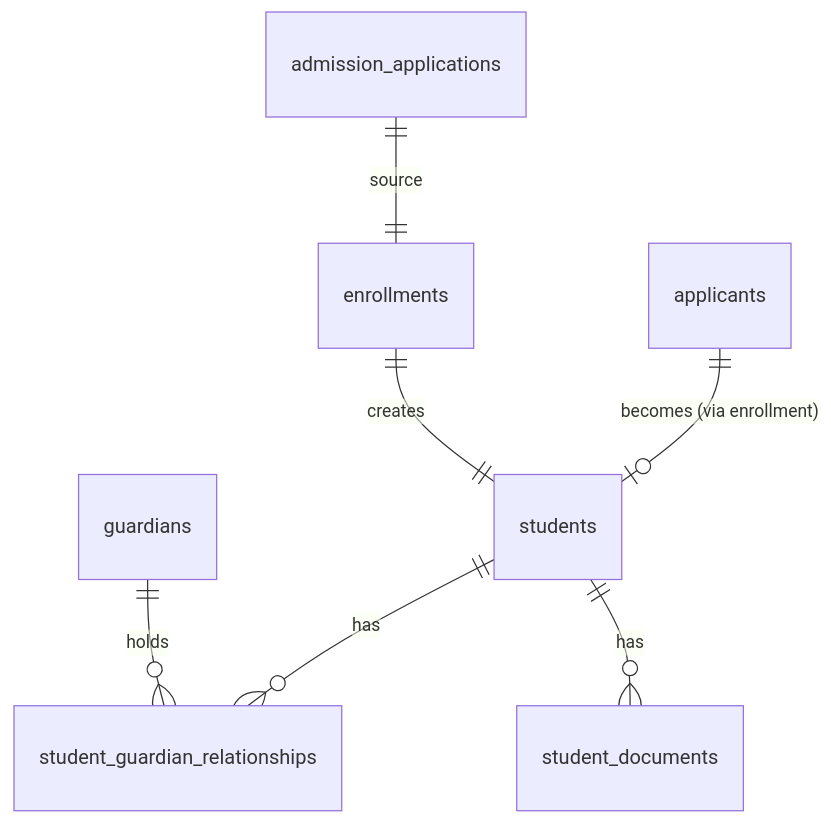
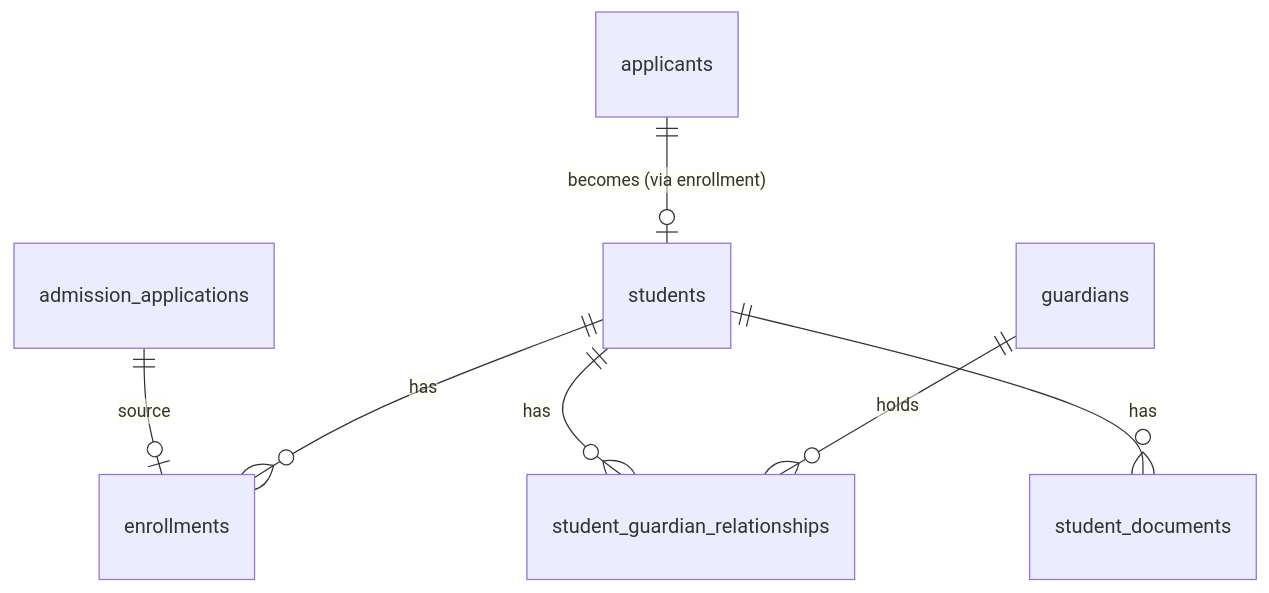
Before and after one commit to druryyl/elsasa-sis-v3: the second of 4 diagrams in entities/student-entities-tables.md, drawn with Mermaid. The commit also changed other lines of this file and 8 other files, not shown here.

````diff
--- a/entities/student-entities-tables.md
+++ b/entities/student-entities-tables.md
@@ -386,9 +406,9 @@
 ```mermaid
 erDiagram
     applicants ||--o| students : "becomes (via enrollment)"
-    admission_applications ||--|| enrollments : "source"
-    enrollments ||--|| students : "creates"
+    admission_applications ||--o| enrollments : "source"
+    students ||--o{ enrollments : "has"
     students ||--o{ student_guardian_relationships : "has"
     guardians ||--o{ student_guardian_relationships : "holds"
     students ||--o{ student_documents : "has"
 ```
````
